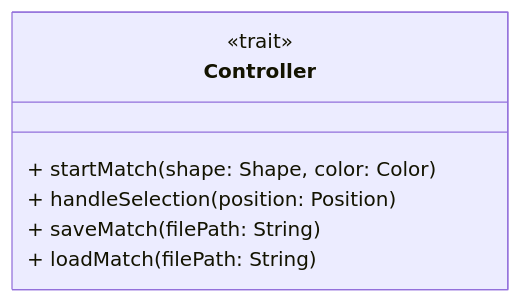
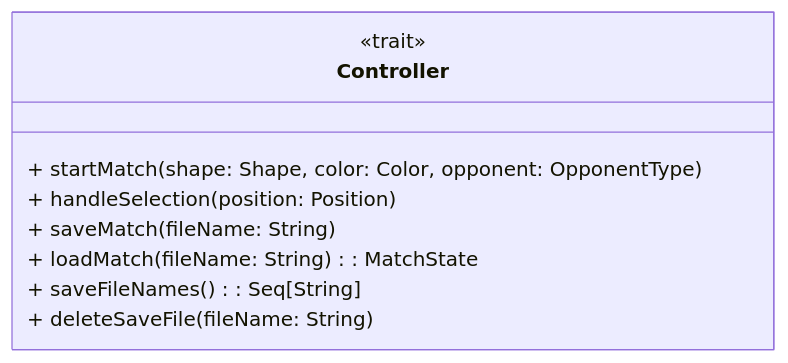
Before and after one commit to Borgotto/PPS-25-scalatello: the tenth of 11 diagrams in docs/report/5-detailed-design.md, drawn with Mermaid. The commit also changed other lines of this file, not shown here.

Commit message:
Update Controller detailed design

````diff
--- a/docs/report/5-detailed-design.md
+++ b/docs/report/5-detailed-design.md
@@ -254,10 +254,12 @@
 ```mermaid
 classDiagram
-  class Controller {
-    <<trait>>
-    + startMatch(shape: Shape, color: Color)
-    + handleSelection(position: Position)
-    + saveMatch(filePath: String)
-    + loadMatch(filePath: String)
-  }
+	class Controller {
+		<<trait>>
+		+ startMatch(shape: Shape, color: Color, opponent: OpponentType)
+		+ handleSelection(position: Position)
+		+ saveMatch(fileName: String)
+		+ loadMatch(fileName: String): MatchState
+		+ saveFileNames(): Seq[String]
+		+ deleteSaveFile(fileName: String)
+	}
 ```
````
